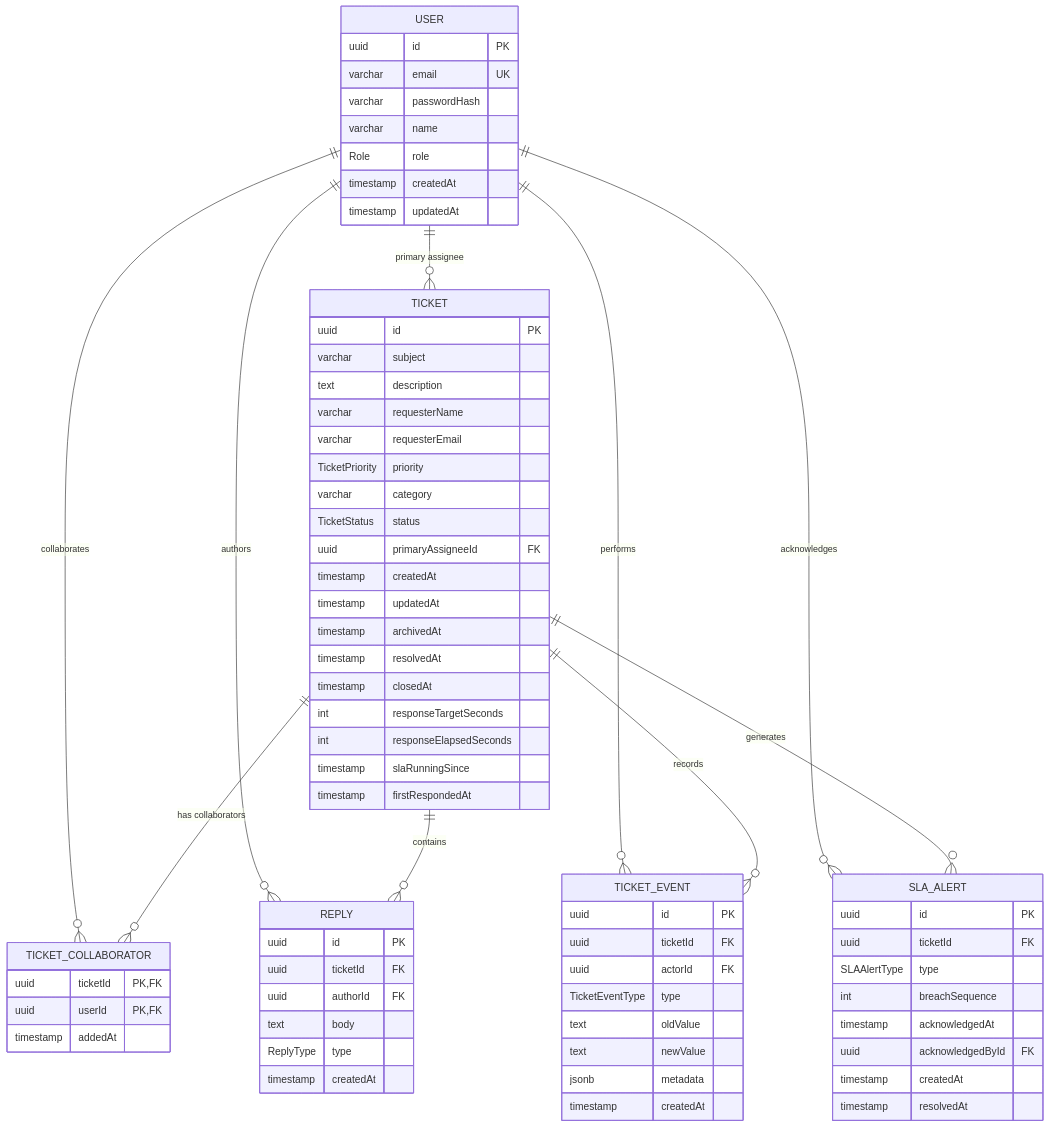
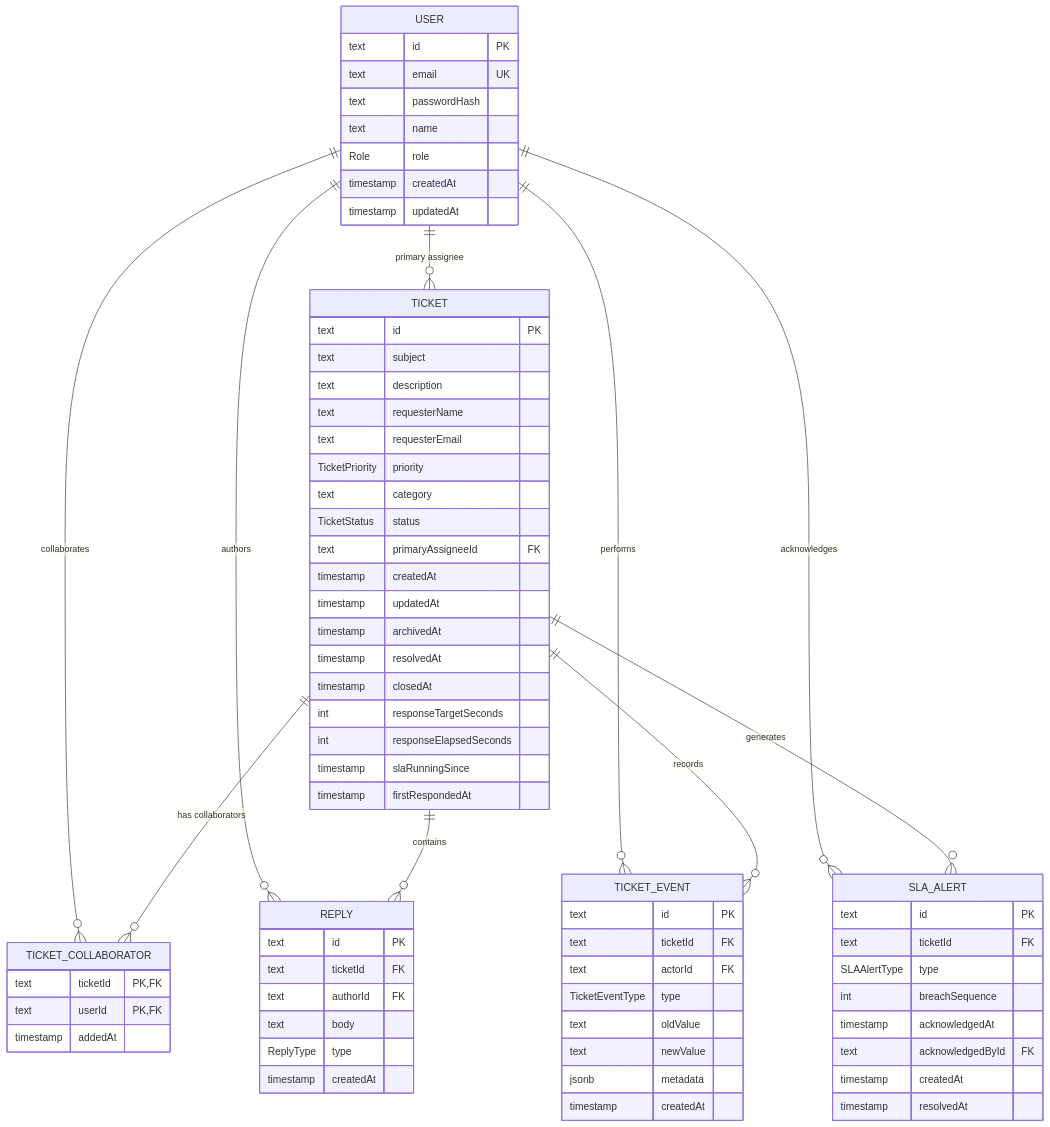
One commit to piyush4001/takehome-04-support-ticketing changed the diagram in docs/schema.md. Above: the diagram before and after it, drawn with Mermaid. The commit also changed other lines of this file and 4 other files, not shown here.

````diff
--- a/docs/schema.md
+++ b/docs/schema.md
@@ -7,82 +7,82 @@
 ```mermaid
 erDiagram
     USER ||--o{ TICKET : "primary assignee"
     USER ||--o{ REPLY : "authors"
     USER ||--o{ TICKET_EVENT : "performs"
     USER ||--o{ SLA_ALERT : "acknowledges"
 
     USER ||--o{ TICKET_COLLABORATOR : "collaborates"
     TICKET ||--o{ TICKET_COLLABORATOR : "has collaborators"
 
     TICKET ||--o{ REPLY : "contains"
     TICKET ||--o{ TICKET_EVENT : "records"
     TICKET ||--o{ SLA_ALERT : "generates"
 
     USER {
-        uuid id PK
-        varchar email UK
-        varchar passwordHash
-        varchar name
+        text id PK
+        text email UK
+        text passwordHash
+        text name
         Role role
         timestamp createdAt
         timestamp updatedAt
     }
 
     TICKET {
-        uuid id PK
-        varchar subject
+        text id PK
+        text subject
         text description
-        varchar requesterName
-        varchar requesterEmail
+        text requesterName
+        text requesterEmail
         TicketPriority priority
-        varchar category
+        text category
         TicketStatus status
-        uuid primaryAssigneeId FK
+        text primaryAssigneeId FK
         timestamp createdAt
         timestamp updatedAt
         timestamp archivedAt
         timestamp resolvedAt
         timestamp closedAt
         int responseTargetSeconds
         int responseElapsedSeconds
         timestamp slaRunningSince
         timestamp firstRespondedAt
     }
 
     TICKET_COLLABORATOR {
-        uuid ticketId PK, FK
-        uuid userId PK, FK
+        text ticketId PK, FK
+        text userId PK, FK
         timestamp addedAt
     }
 
     REPLY {
-        uuid id PK
-        uuid ticketId FK
-        uuid authorId FK
+        text id PK
+        text ticketId FK
+        text authorId FK
         text body
         ReplyType type
         timestamp createdAt
     }
 
     TICKET_EVENT {
-        uuid id PK
-        uuid ticketId FK
-        uuid actorId FK
+        text id PK
+        text ticketId FK
+        text actorId FK
         TicketEventType type
         text oldValue
         text newValue
         jsonb metadata
         timestamp createdAt
     }
 
     SLA_ALERT {
-        uuid id PK
-        uuid ticketId FK
+        text id PK
+        text ticketId FK
         SLAAlertType type
         int breachSequence
         timestamp acknowledgedAt
-        uuid acknowledgedById FK
+        text acknowledgedById FK
         timestamp createdAt
         timestamp resolvedAt
     }
 ```
````
